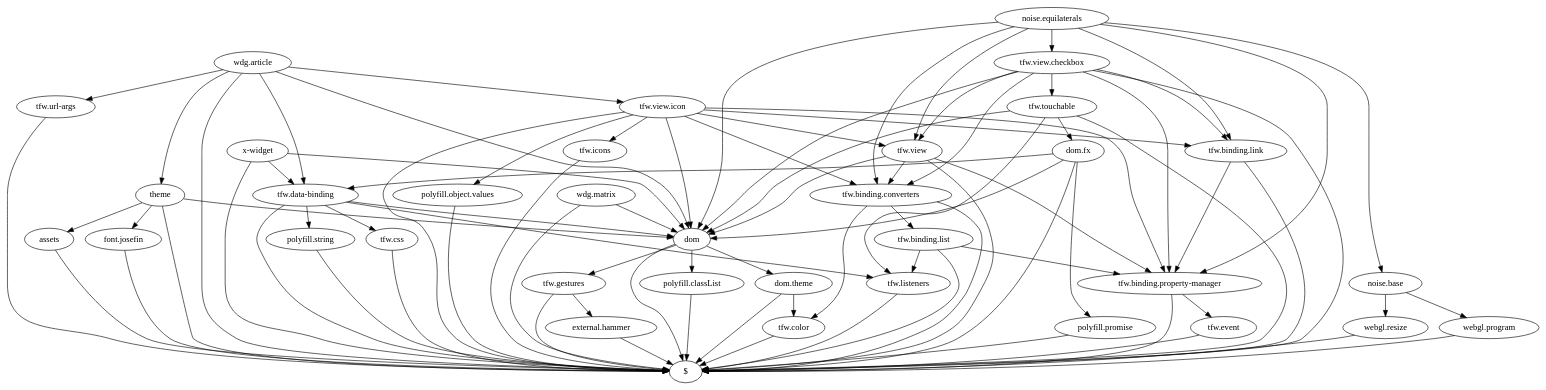
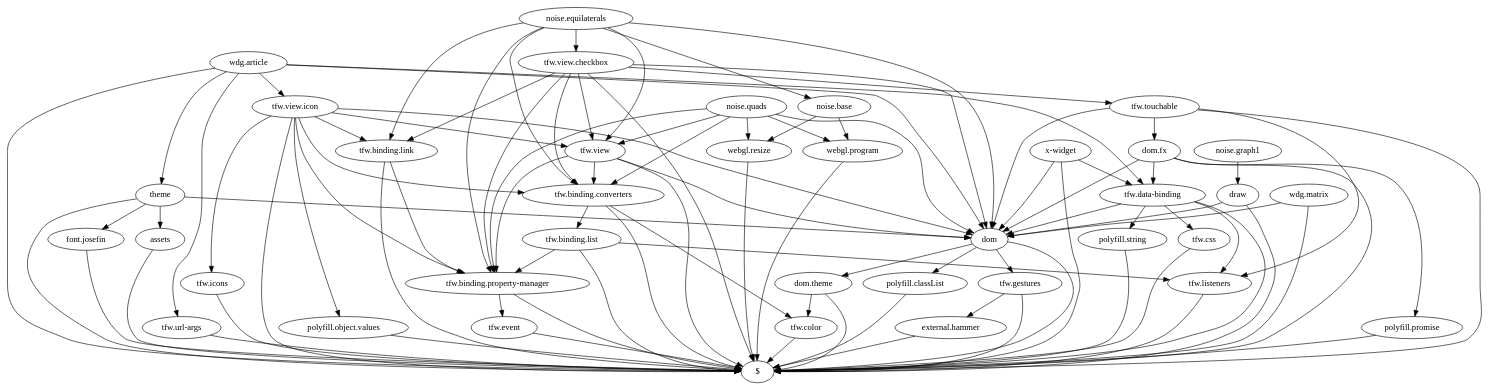
Before and after one commit to tolokoban/webgl-experiments: the diagram in doc/noise.html.dot, drawn with Graphviz. The commit also changed 10 other files, not shown here.

```diff
--- a/doc/noise.html.dot
+++ b/doc/noise.html.dot
@@ -1,147 +1,162 @@
 digraph dependencies {
     "assets" -> "$"
     "wdg.article" -> "$"
 
     "wdg.article" -> "theme"
 
     "wdg.article" -> "dom"
 
     "wdg.article" -> "tfw.data-binding"
 
     "wdg.article" -> "tfw.view.icon"
 
     "wdg.article" -> "tfw.url-args"
     "tfw.url-args" -> "$"
     "tfw.view.icon" -> "$"
 
     "tfw.view.icon" -> "polyfill.object.values"
 
     "tfw.view.icon" -> "dom"
 
     "tfw.view.icon" -> "tfw.icons"
 
     "tfw.view.icon" -> "tfw.binding.property-manager"
 
     "tfw.view.icon" -> "tfw.view"
 
     "tfw.view.icon" -> "tfw.binding.link"
 
     "tfw.view.icon" -> "tfw.binding.converters"
     "tfw.binding.converters" -> "$"
 
     "tfw.binding.converters" -> "tfw.binding.list"
 
     "tfw.binding.converters" -> "tfw.color"
     "tfw.color" -> "$"
     "tfw.binding.list" -> "$"
 
     "tfw.binding.list" -> "tfw.binding.property-manager"
 
     "tfw.binding.list" -> "tfw.listeners"
     "tfw.listeners" -> "$"
     "tfw.binding.property-manager" -> "$"
 
     "tfw.binding.property-manager" -> "tfw.event"
     "tfw.event" -> "$"
     "tfw.binding.link" -> "$"
 
     "tfw.binding.link" -> "tfw.binding.property-manager"
     "tfw.view" -> "$"
 
     "tfw.view" -> "dom"
 
     "tfw.view" -> "tfw.binding.property-manager"
 
     "tfw.view" -> "tfw.binding.converters"
     "dom" -> "$"
 
     "dom" -> "polyfill.classList"
 
     "dom" -> "dom.theme"
 
     "dom" -> "tfw.gestures"
     "tfw.gestures" -> "$"
 
     "tfw.gestures" -> "external.hammer"
     "external.hammer" -> "$"
     "dom.theme" -> "$"
 
     "dom.theme" -> "tfw.color"
     "polyfill.classList" -> "$"
     "tfw.icons" -> "$"
     "polyfill.object.values" -> "$"
     "tfw.data-binding" -> "$"
 
     "tfw.data-binding" -> "polyfill.string"
 
     "tfw.data-binding" -> "dom"
 
     "tfw.data-binding" -> "tfw.css"
 
     "tfw.data-binding" -> "tfw.listeners"
     "tfw.css" -> "$"
     "polyfill.string" -> "$"
     "theme" -> "$"
 
     "theme" -> "assets"
 
     "theme" -> "font.josefin"
 
     "theme" -> "dom"
     "font.josefin" -> "$"
     "x-widget" -> "$"
 
     "x-widget" -> "dom"
 
     "x-widget" -> "tfw.data-binding"
     "wdg.matrix" -> "$"
 
     "wdg.matrix" -> "dom"
     "noise.equilaterals" -> "noise.base"
 
     "noise.equilaterals" -> "dom"
 
     "noise.equilaterals" -> "tfw.binding.property-manager"
 
     "noise.equilaterals" -> "tfw.view"
 
     "noise.equilaterals" -> "tfw.binding.link"
 
     "noise.equilaterals" -> "tfw.binding.converters"
 
     "noise.equilaterals" -> "tfw.view.checkbox"
     "tfw.view.checkbox" -> "$"
 
     "tfw.view.checkbox" -> "tfw.binding.property-manager"
 
     "tfw.view.checkbox" -> "tfw.touchable"
 
     "tfw.view.checkbox" -> "dom"
 
     "tfw.view.checkbox" -> "tfw.view"
 
     "tfw.view.checkbox" -> "tfw.binding.link"
 
     "tfw.view.checkbox" -> "tfw.binding.converters"
     "tfw.touchable" -> "$"
 
     "tfw.touchable" -> "dom"
 
     "tfw.touchable" -> "dom.fx"
 
     "tfw.touchable" -> "tfw.listeners"
     "dom.fx" -> "$"
 
     "dom.fx" -> "polyfill.promise"
 
     "dom.fx" -> "dom"
 
     "dom.fx" -> "tfw.data-binding"
     "polyfill.promise" -> "$"
     "noise.base" -> "webgl.resize"
 
     "noise.base" -> "webgl.program"
     "webgl.program" -> "$"
     "webgl.resize" -> "$"
+    "noise.quads" -> "dom"
+
+    "noise.quads" -> "webgl.resize"
+
+    "noise.quads" -> "webgl.program"
+
+    "noise.quads" -> "tfw.binding.property-manager"
+
+    "noise.quads" -> "tfw.view"
+
+    "noise.quads" -> "tfw.binding.converters"
+    "noise.graph1" -> "draw"
+    "draw" -> "$"
+
+    "draw" -> "dom"
 
 }
```
